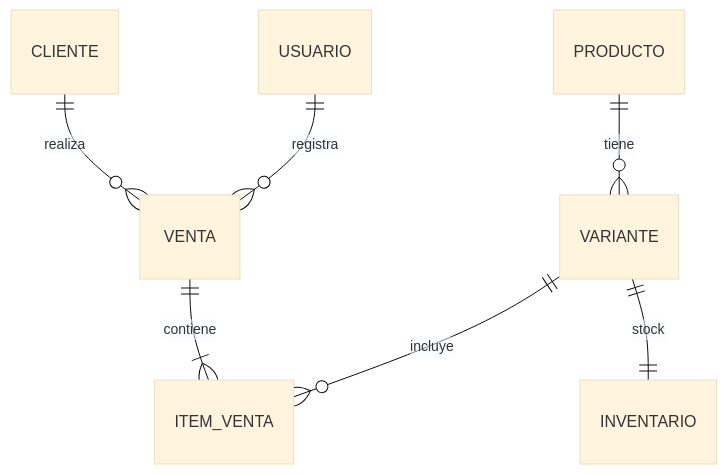
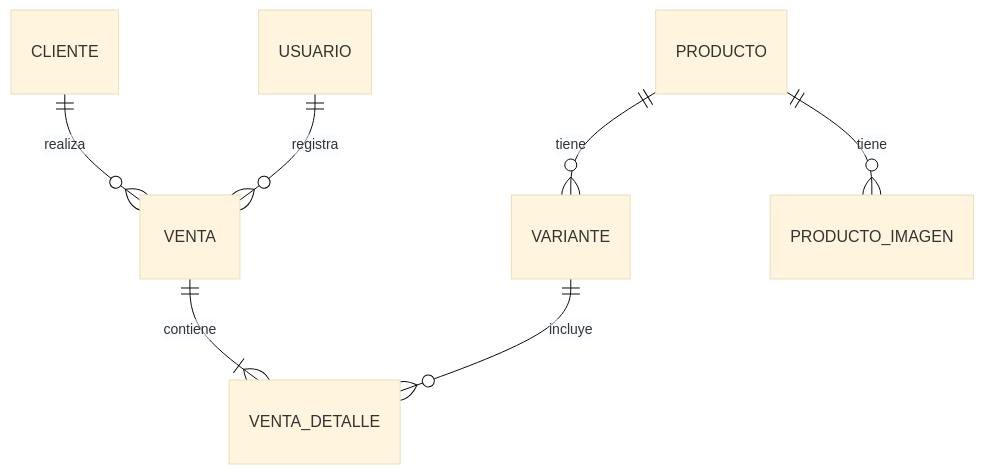
The second of 3 diagrams in README.md (nariascataldi/controlZapas), drawn with Mermaid (base theme) before and after one commit. The commit also changed other lines of this file and 3 other files, not shown here.

````diff
--- a/README.md
+++ b/README.md
@@ -26,9 +29,9 @@
 ```mermaid
 erDiagram
     CLIENTE ||--o{ VENTA : "realiza"
     USUARIO ||--o{ VENTA : "registra"
-    VENTA ||--|{ ITEM_VENTA : "contiene"
+    VENTA ||--|{ VENTA_DETALLE : "contiene"
     PRODUCTO ||--o{ VARIANTE : "tiene"
-    VARIANTE ||--o{ ITEM_VENTA : "incluye"
-    VARIANTE ||--|| INVENTARIO : "stock"
+    VARIANTE ||--o{ VENTA_DETALLE : "incluye"
+    PRODUCTO ||--o{ PRODUCTO_IMAGEN : "tiene"
 ```
````
